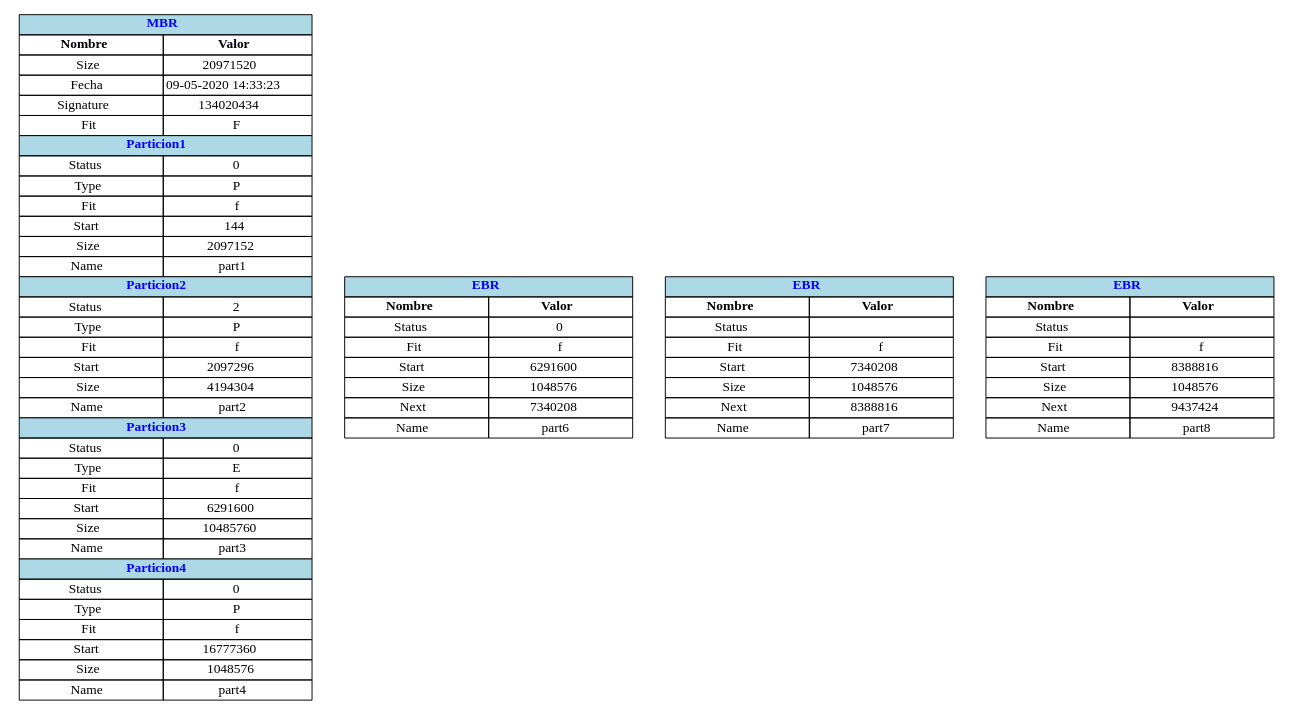
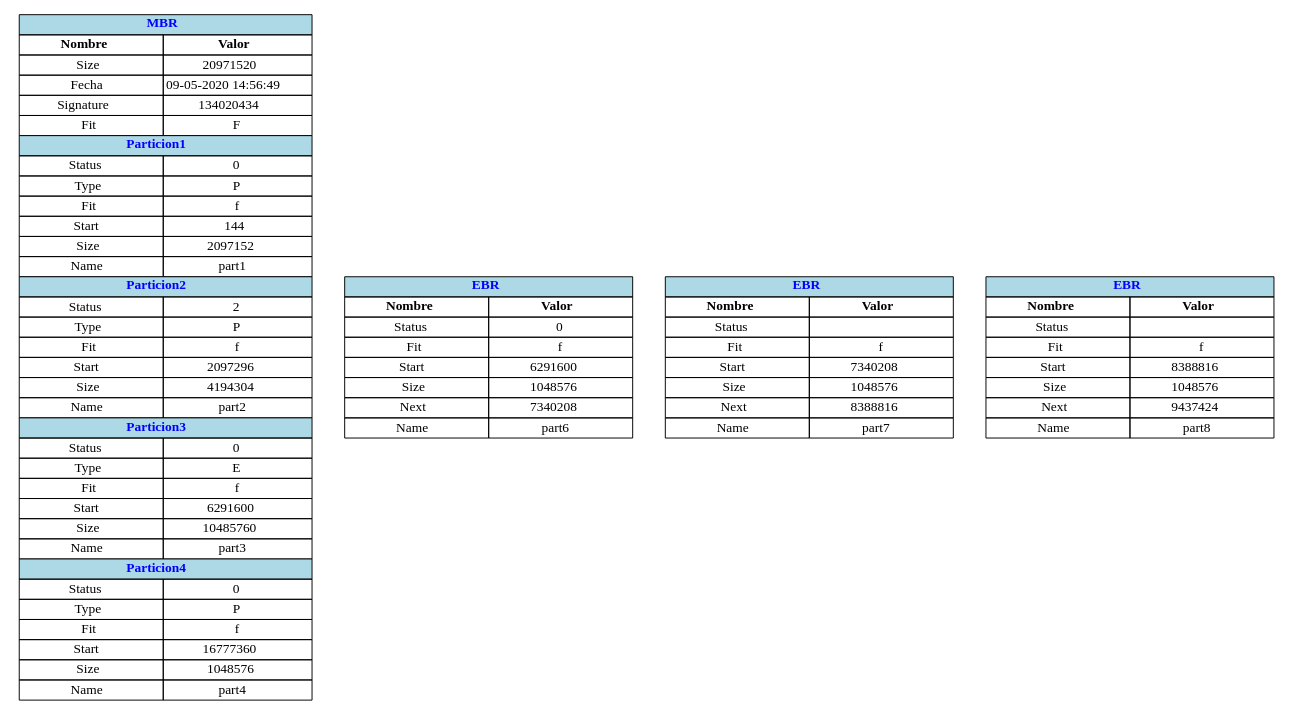
One commit to xJosee/SistemaArchivos changed the diagram in Reportes/graficaEBR.dot. Above: the diagram before and after it, drawn with Graphviz. The commit also changed 4 other files, not shown here.

```diff
--- a/Reportes/graficaEBR.dot
+++ b/Reportes/graficaEBR.dot
@@ -1,80 +1,80 @@
 digraph G{ 
 node [shape=plaintext]
 tbl[
 label=<
 <table border='0' cellborder='1' cellspacing='0' width='300'  height='200' >
  <tr ><td colspan='2' bgcolor= 'lightblue' ><b><font color='blue'>MBR</font></b></td></tr><tr>  <td width='150'> <b>Nombre</b> </td> <td width='150'> <b>Valor</b> </td>  </tr>
 <tr>  <td>Size</td><td>20971520</td>  </tr>
-<tr>  <td>Fecha</td> <td>09-05-2020 14:33:23</td>  </tr>
+<tr>  <td>Fecha</td> <td>09-05-2020 14:56:49</td>  </tr>
 <tr>  <td>Signature</td> <td>134020434</td>  </tr>
 <tr>  <td>Fit</td> <td>F</td>  </tr>
 <tr ><td colspan='2' bgcolor= 'lightblue' ><b><font color='blue'>Particion1</font></b></td></tr>
 <tr>  <td>Status</td> <td>0</td>  </tr>
 <tr>  <td>Type</td> <td>P</td>  </tr>
 <tr>  <td>Fit</td> <td>f</td>  </tr>
 <tr>  <td>Start</td> <td>144</td>  </tr>
 <tr>  <td>Size</td> <td>2097152</td>  </tr>
 <tr>  <td>Name</td> <td>part1</td>  </tr>
 <tr ><td colspan='2' bgcolor= 'lightblue' ><b><font color='blue'>Particion2</font></b></td></tr>
 <tr>  <td>Status</td> <td>2</td>  </tr>
 <tr>  <td>Type</td> <td>P</td>  </tr>
 <tr>  <td>Fit</td> <td>f</td>  </tr>
 <tr>  <td>Start</td> <td>2097296</td>  </tr>
 <tr>  <td>Size</td> <td>4194304</td>  </tr>
 <tr>  <td>Name</td> <td>part2</td>  </tr>
 <tr ><td colspan='2' bgcolor= 'lightblue' ><b><font color='blue'>Particion3</font></b></td></tr>
 <tr>  <td>Status</td> <td>0</td>  </tr>
 <tr>  <td>Type</td> <td>E</td>  </tr>
 <tr>  <td>Fit</td> <td>f</td>  </tr>
 <tr>  <td>Start</td> <td>6291600</td>  </tr>
 <tr>  <td>Size</td> <td>10485760</td>  </tr>
 <tr>  <td>Name</td> <td>part3</td>  </tr>
 <tr ><td colspan='2' bgcolor= 'lightblue' ><b><font color='blue'>Particion4</font></b></td></tr>
 <tr>  <td>Status</td> <td>0</td>  </tr>
 <tr>  <td>Type</td> <td>P</td>  </tr>
 <tr>  <td>Fit</td> <td>f</td>  </tr>
 <tr>  <td>Start</td> <td>16777360</td>  </tr>
 <tr>  <td>Size</td> <td>1048576</td>  </tr>
 <tr>  <td>Name</td> <td>part4</td>  </tr>
 </table>
 >];
 
 tbl_1[
 label=<
  <table border='0' cellborder='1' cellspacing='0'  width='300' height='160' >
  <tr ><td colspan='2' bgcolor= 'lightblue' ><b><font color='blue'>EBR</font></b></td></tr><tr ><td width='150'><b>Nombre</b></td> <td width='150'><b>Valor</b></td>  </tr>
 <tr>  <td>Status</td> <td>0</td>  </tr>
 <tr>  <td>Fit</td> <td>f</td>  </tr>
 <tr>  <td>Start</td> <td>6291600</td>  </tr>
 <tr>  <td>Size</td> <td>1048576</td>  </tr>
 <tr>  <td>Next</td> <td>7340208</td>  </tr>
 <tr>  <td>Name</td> <td>part6</td>  </tr>
 </table>
 >];
 
 tbl_2[
 label=<
  <table border='0' cellborder='1' cellspacing='0'  width='300' height='160' >
  <tr ><td colspan='2' bgcolor= 'lightblue' ><b><font color='blue'>EBR</font></b></td></tr><tr ><td width='150'><b>Nombre</b></td> <td width='150'><b>Valor</b></td>  </tr>
 <tr>  <td>Status</td> <td></td>  </tr>
 <tr>  <td>Fit</td> <td>f</td>  </tr>
 <tr>  <td>Start</td> <td>7340208</td>  </tr>
 <tr>  <td>Size</td> <td>1048576</td>  </tr>
 <tr>  <td>Next</td> <td>8388816</td>  </tr>
 <tr>  <td>Name</td> <td>part7</td>  </tr>
 </table>
 >];
 
 tbl_3[
 label=<
  <table border='0' cellborder='1' cellspacing='0'  width='300' height='160' >
  <tr ><td colspan='2' bgcolor= 'lightblue' ><b><font color='blue'>EBR</font></b></td></tr><tr ><td width='150'><b>Nombre</b></td> <td width='150'><b>Valor</b></td>  </tr>
 <tr>  <td>Status</td> <td></td>  </tr>
 <tr>  <td>Fit</td> <td>f</td>  </tr>
 <tr>  <td>Start</td> <td>8388816</td>  </tr>
 <tr>  <td>Size</td> <td>1048576</td>  </tr>
 <tr>  <td>Next</td> <td>9437424</td>  </tr>
 <tr>  <td>Name</td> <td>part8</td>  </tr>
 </table>
 >];
 }
```
